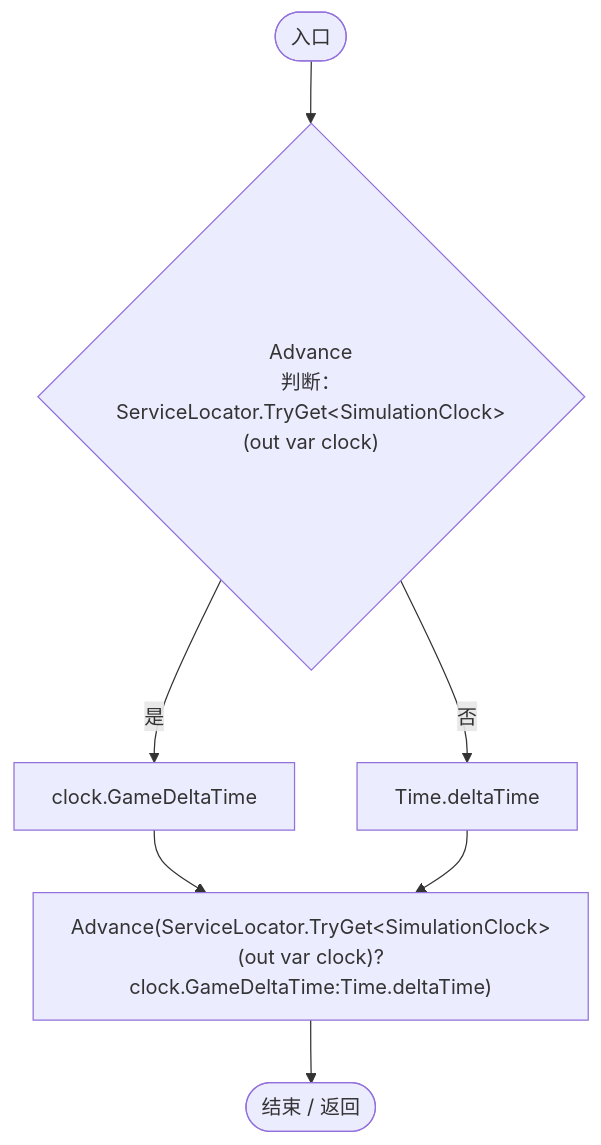
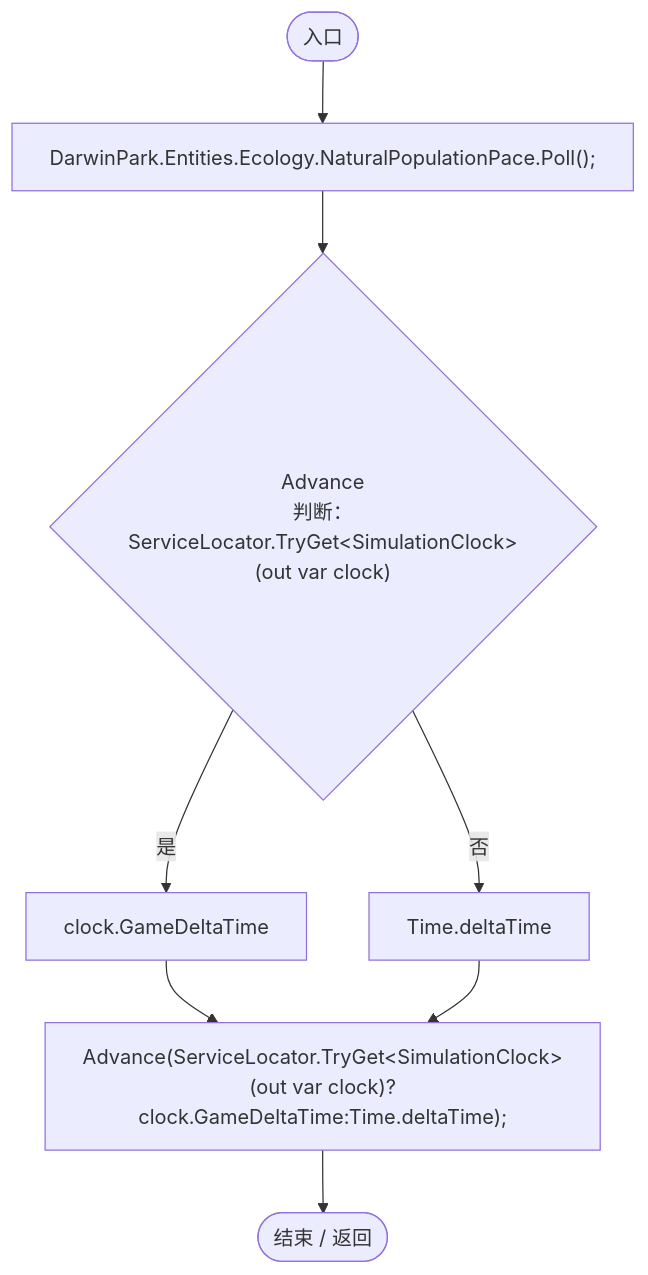
One commit to xhs6666/Darwin_paradise changed diagram 24 of 34 in Docs/运行流程图/脚本/465ccdbb260bcac2.md. Above: the diagram before and after it, drawn with Mermaid. The commit also changed other lines of this file and 229 other files, not shown here.

First line of the commit message:
Improve world simulation, natural growth and land navigation

````diff
--- a/Docs/运行流程图/脚本/465ccdbb260bcac2.md
+++ b/Docs/运行流程图/脚本/465ccdbb260bcac2.md
@@ -652,16 +652,18 @@
 ```mermaid
 flowchart TD
   b0(["入口"])
-  b1{"Advance<br/>判断：ServiceLocator.TryGet&lt;SimulationClock&gt;(out var clock)"}
-  b2["clock.GameDeltaTime"]
-  b3["Time.deltaTime"]
-  b4["Advance(ServiceLocator.TryGet&lt;SimulationClock&gt;(out var clock)?clock.GameDeltaTime:Time.deltaTime)"]
-  b5(["结束 / 返回"])
+  b1["DarwinPark.Entities.Ecology.NaturalPopulationPace.Poll();"]
+  b2{"Advance<br/>判断：ServiceLocator.TryGet&lt;SimulationClock&gt;(out var clock)"}
+  b3["clock.GameDeltaTime"]
+  b4["Time.deltaTime"]
+  b5["Advance(ServiceLocator.TryGet&lt;SimulationClock&gt;(out var clock)?clock.GameDeltaTime:Time.deltaTime);"]
+  b6(["结束 / 返回"])
   b0 --> b1
-  b1 -->|"是"| b2
-  b1 -->|"否"| b3
-  b2 --> b4
-  b3 --> b4
+  b1 --> b2
+  b2 -->|"是"| b3
+  b2 -->|"否"| b4
+  b3 --> b5
   b4 --> b5
+  b5 --> b6
 
 ```
````
